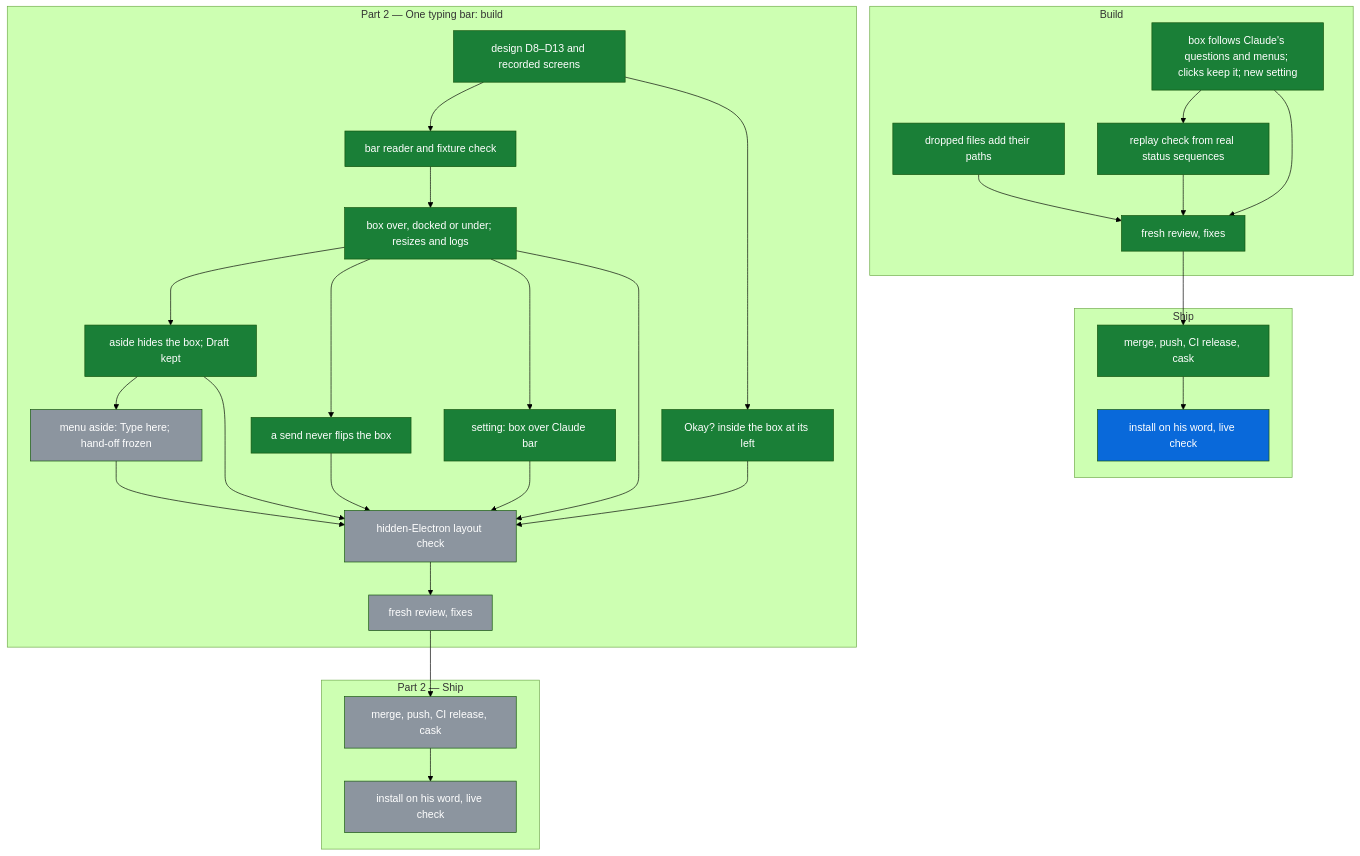
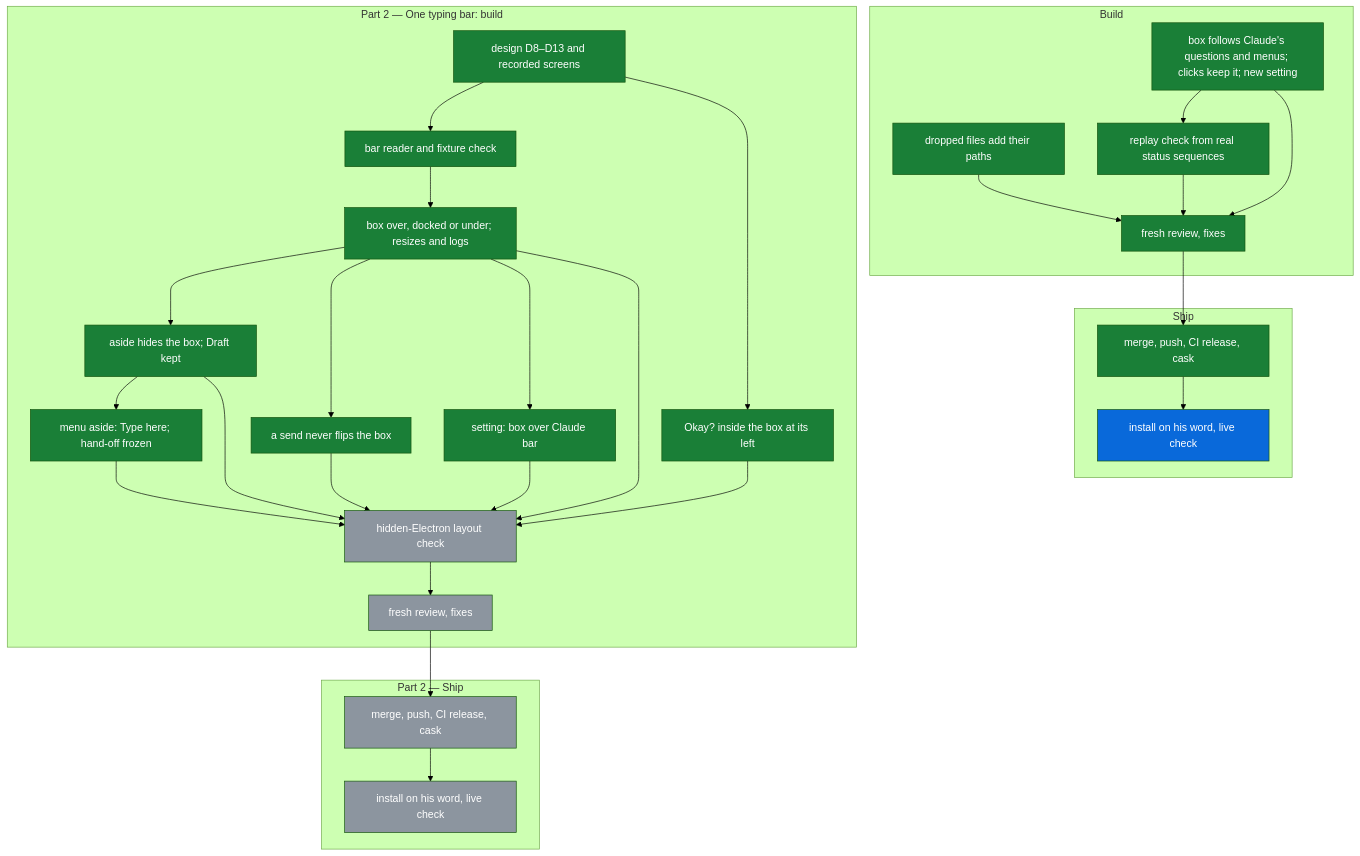
One commit to michaeljryoung/patton changed the diagram in docs/compose-box.md. Above: the diagram before and after it, drawn with Mermaid (forest theme). The commit also changed other lines of this file and 3 other files, not shown here.

Commit message:
Compose box D10: Type here button during a menu aside, Esc in the grace keeps placement frozen (aside_fixes)

````diff
--- a/docs/compose-box.md
+++ b/docs/compose-box.md
@@ -11,57 +11,57 @@
 ```mermaid
 flowchart TD
   subgraph B["Build"]
     box_core[box follows Claude's questions and menus; clicks keep it; new setting]:::done
     box_drop[dropped files add their paths]:::done
     box_replay[replay check from real status sequences]:::done
     box_review[fresh review, fixes]:::done
   end
   subgraph S["Ship"]
     box_release[merge, push, CI release, cask]:::done
     box_ship[install on his word, live check]:::live
   end
   subgraph O["Part 2 — One typing bar: build"]
     bar_design[design D8–D13 and recorded screens]:::done
     bar_reader[bar reader and fixture check]:::done
     bar_placement[box over, docked or under; resizes and logs]:::done
     send_no_flip[a send never flips the box]:::done
     bar_aside[aside hides the box; Draft kept]:::done
-    aside_fixes[menu aside: Type here; hand-off frozen]:::todo
+    aside_fixes[menu aside: Type here; hand-off frozen]:::done
     okay_in_box[Okay? inside the box at its left]:::done
     over_setting[setting: box over Claude bar]:::done
     bar_layout_check[hidden-Electron layout check]:::todo
     bar_review[fresh review, fixes]:::todo
   end
   subgraph OS["Part 2 — Ship"]
     bar_release[merge, push, CI release, cask]:::todo
     bar_ship[install on his word, live check]:::todo
   end
   box_core --> box_replay
   box_core --> box_review
   box_drop --> box_review
   box_replay --> box_review
   box_review --> box_release
   box_release --> box_ship
   bar_design --> bar_reader
   bar_reader --> bar_placement
   bar_placement --> bar_aside
   bar_aside --> aside_fixes
   aside_fixes --> bar_layout_check
   bar_placement --> send_no_flip
   send_no_flip --> bar_layout_check
   bar_design --> okay_in_box
   bar_placement --> over_setting
   bar_placement --> bar_layout_check
   bar_aside --> bar_layout_check
   okay_in_box --> bar_layout_check
   over_setting --> bar_layout_check
   bar_layout_check --> bar_review
   bar_review --> bar_release
   bar_release --> bar_ship
   classDef done fill:#1a7f37,color:#fff
   classDef live fill:#0969da,color:#fff
   classDef todo fill:#8c959f,color:#fff
   classDef blocked fill:#cf222e,color:#fff
   classDef dropped fill:#eaeef2,color:#57606a
   classDef superseded fill:#eaeef2,color:#57606a
 ```
````
